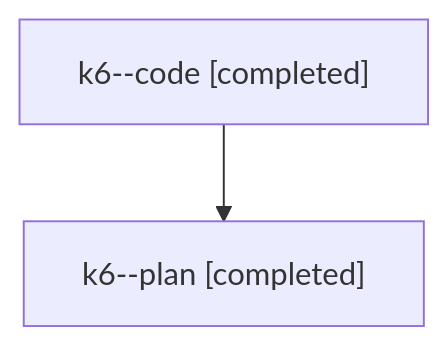
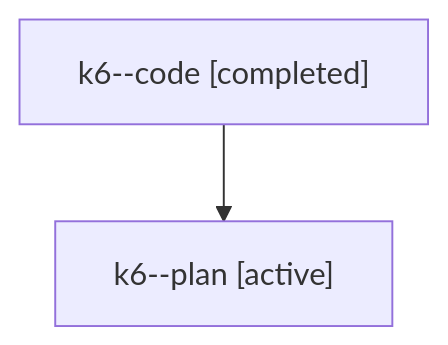
One commit to sase-org/sase--agents changed the diagram in families/bbugyi200.athena.k6.md. Above: the diagram before and after it, drawn with Mermaid. The commit also changed other lines of this file and 8679 other files, not shown here.

````diff
--- a/families/bbugyi200.athena.k6.md
+++ b/families/bbugyi200.athena.k6.md
@@ -9,6 +9,6 @@
 ```mermaid
 flowchart TD
   n0["k6--code [completed]"]
-  n1["k6--plan [completed]"]
+  n1["k6--plan [active]"]
   n0 --> n1
 ```
````
